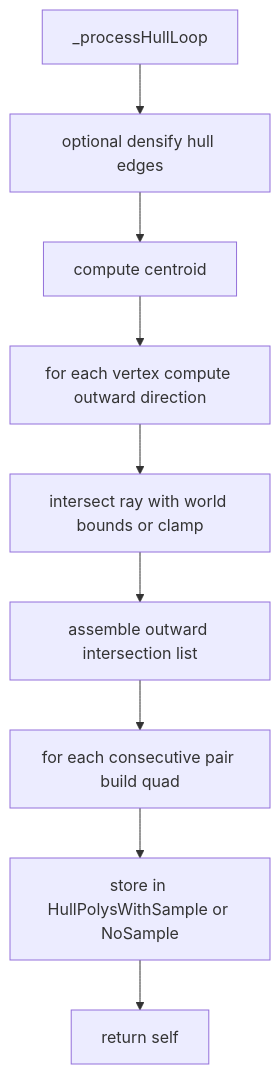
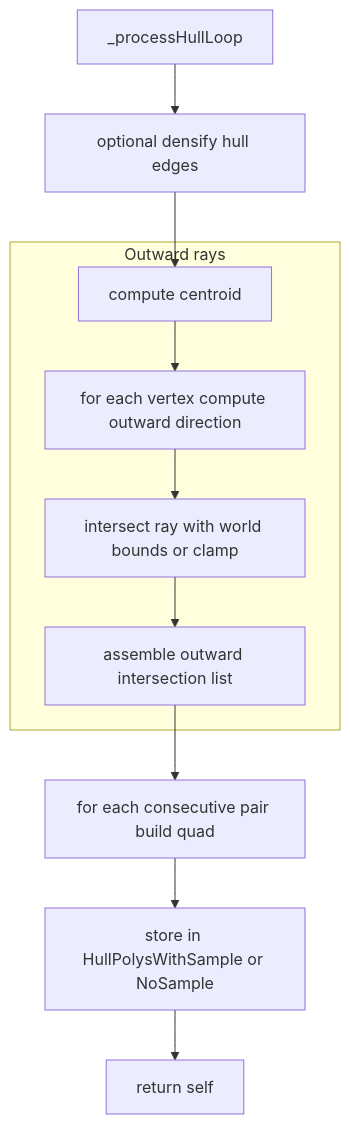
One commit to Gh0st352/AETHR changed the sixth of 7 diagrams in docs/zone_manager/game_bounds.md. Above: the diagram before and after it, drawn with Mermaid. The commit also changed other lines of this file and 6 other files, not shown here.

Commit message:
docs(zone_manager, mermaid): normalize headings, restructure Mermaid diagrams, and add shared theme & class annotations

````diff
--- a/docs/zone_manager/game_bounds.md
+++ b/docs/zone_manager/game_bounds.md
@@ -142,11 +172,17 @@
 ```mermaid
+%% shared theme: docs/_mermaid/theme.json %%
 flowchart TD
   H1[_processHullLoop] --> H2[optional densify hull edges]
   H2 --> H3[compute centroid]
-  H3 --> H4[for each vertex compute outward direction]
-  H4 --> H5[intersect ray with world bounds or clamp]
-  H5 --> H6[assemble outward intersection list]
+  subgraph "Outward rays"
+    H3 --> H4[for each vertex compute outward direction]
+    H4 --> H5[intersect ray with world bounds or clamp]
+    H5 --> H6[assemble outward intersection list]
+  end
   H6 --> H7[for each consecutive pair build quad]
   H7 --> H8[store in HullPolysWithSample or NoSample]
   H8 --> H9[return self]
+  class H1,H2,H3,H4,H5,H6,H7,H8 class_step;
+  class H2,H3,H4,H5,H6 class_compute;
+  class H9 class_result;
 ```
````
